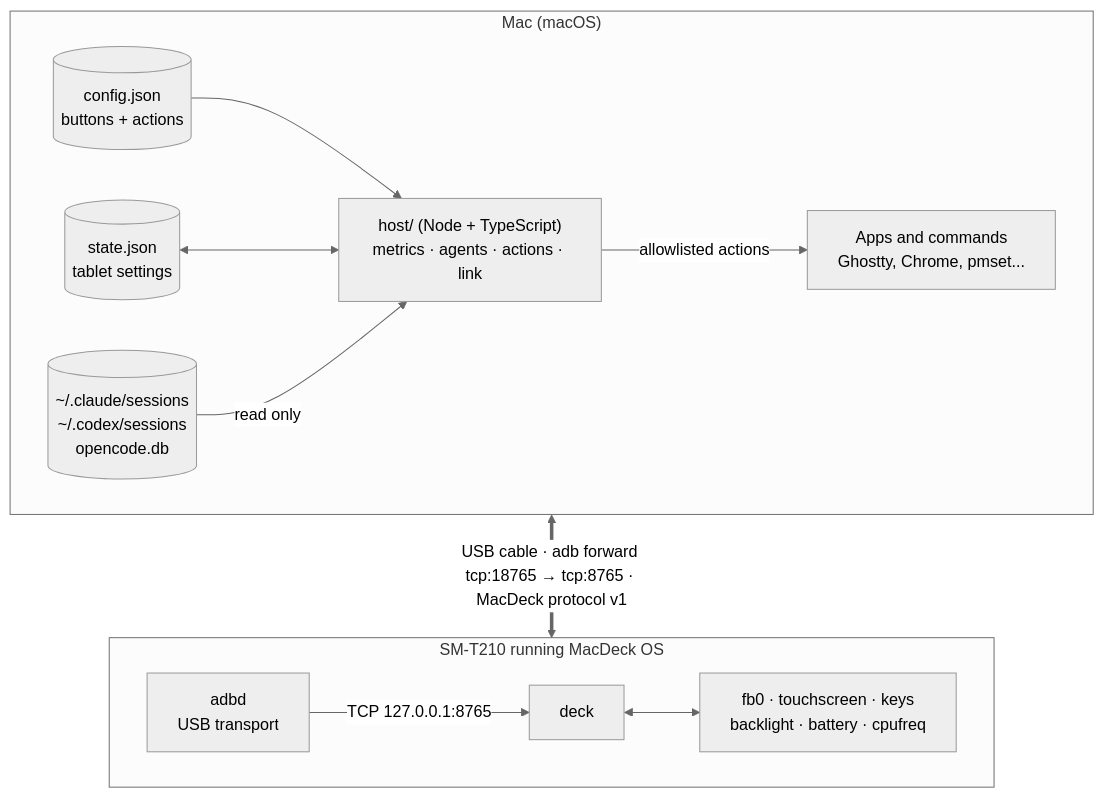
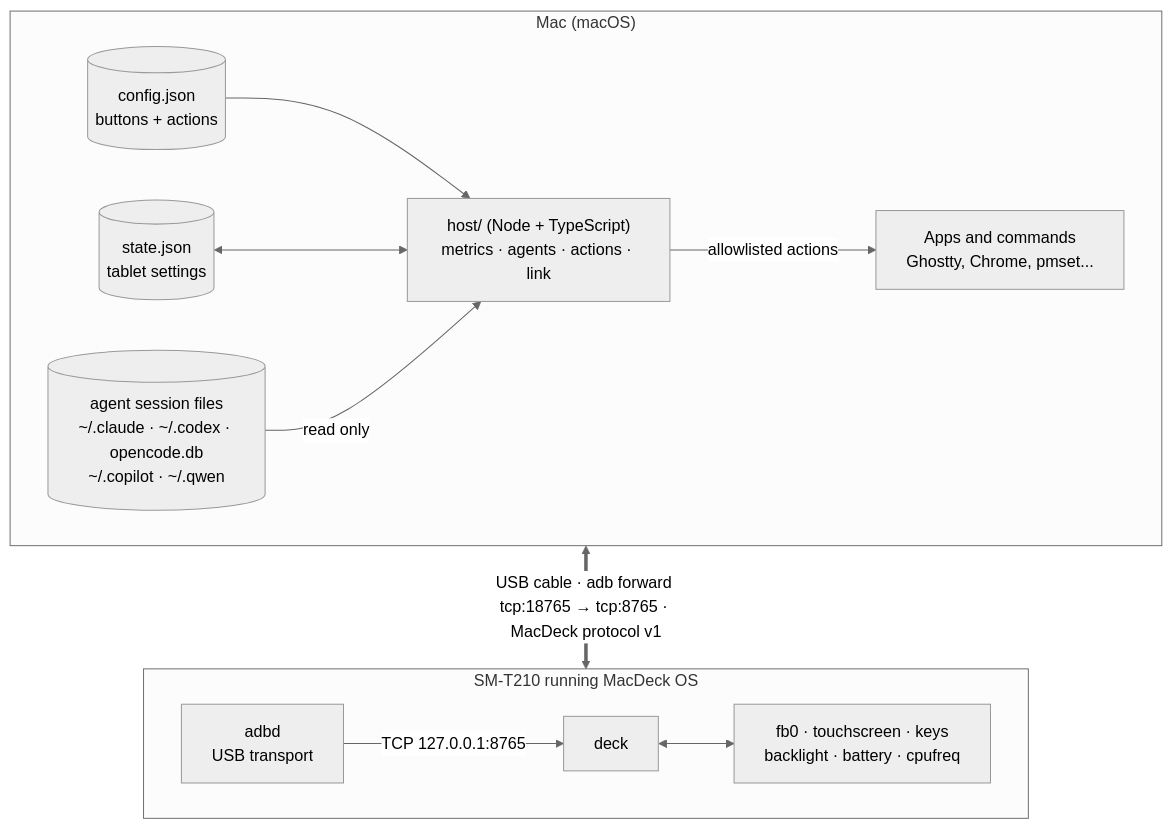
The first of 6 diagrams in README.md (KhaledSaeed18/macdeck), drawn with Mermaid (neutral theme) before and after one commit. The commit also changed other lines of this file and 1 other file, not shown here.

Commit message:
docs: one idle rule for all agents, Copilot CLI and Qwen Code sources

````diff
--- a/README.md
+++ b/README.md
@@ -40,16 +40,16 @@
 ```mermaid
 flowchart TB
     subgraph MAC["Mac (macOS)"]
         direction LR
         CFG[("config.json<br/>buttons + actions")] --> HOST
         STATE[("state.json<br/>tablet settings")] <--> HOST
         HOST["host/ (Node + TypeScript)<br/>metrics · agents · actions · link"] -- "allowlisted actions" --> APPS["Apps and commands<br/>Ghostty, Chrome, pmset..."]
-        AGENTS[("~/.claude/sessions<br/>~/.codex/sessions<br/>opencode.db")] -- "read only" --> HOST
+        AGENTS[("agent session files<br/>~/.claude · ~/.codex · opencode.db<br/>~/.copilot · ~/.qwen")] -- "read only" --> HOST
     end
     subgraph TAB["SM-T210 running MacDeck OS"]
         direction LR
         ADBD["adbd<br/>USB transport"] -- "TCP 127.0.0.1:8765" --> DECK["deck"]
         DECK <--> HW["fb0 · touchscreen · keys<br/>backlight · battery · cpufreq"]
     end
     MAC <== "USB cable · adb forward tcp:18765 → tcp:8765 · MacDeck protocol v1" ==> TAB
 ```
````
